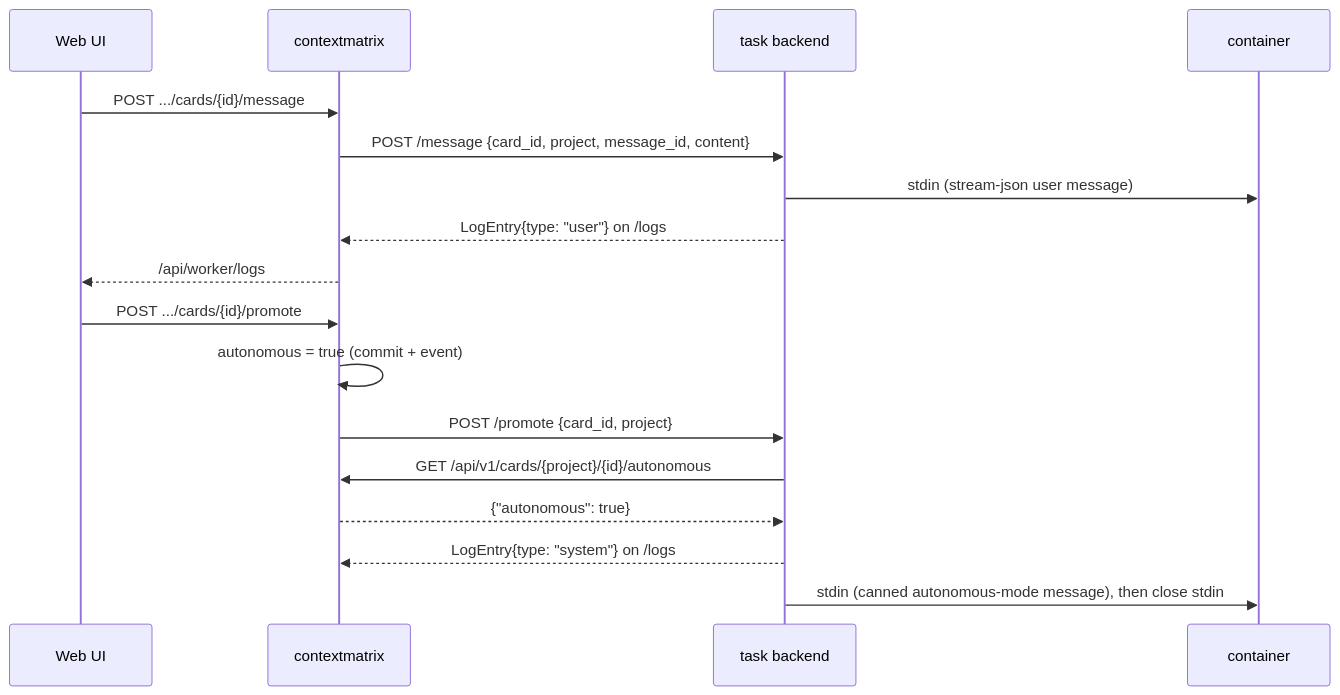
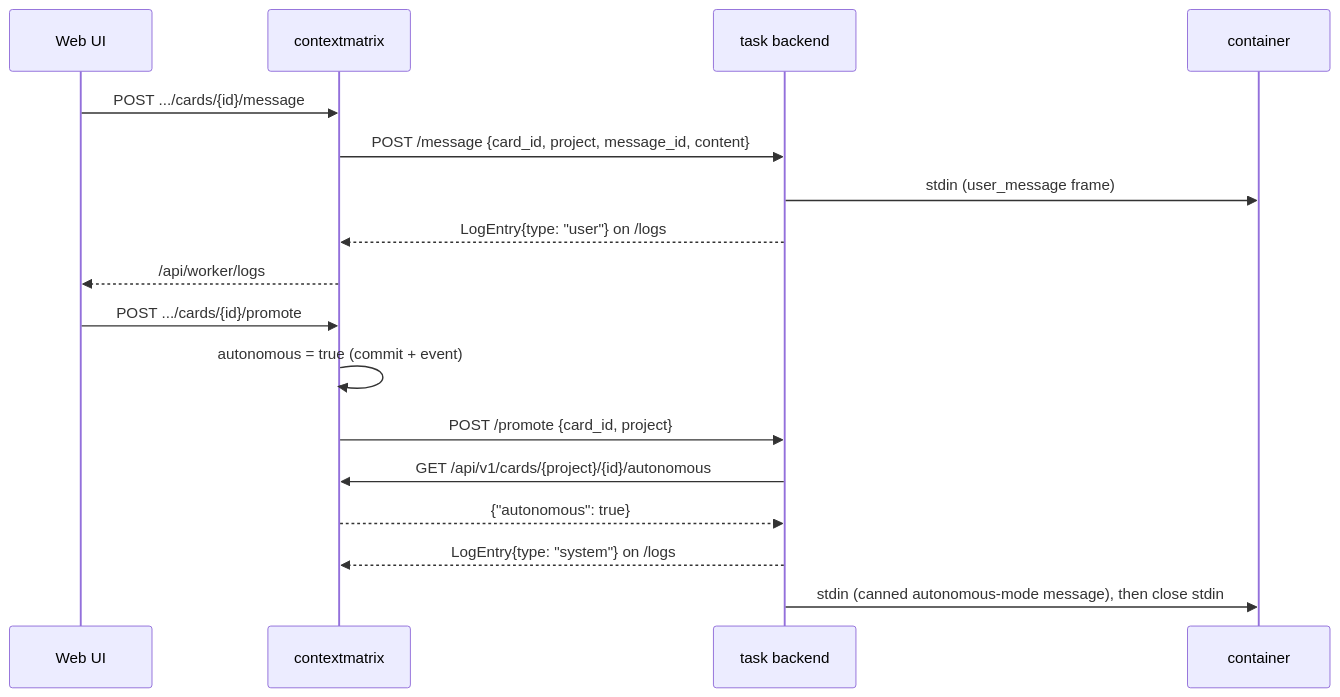
One commit to mhersson/contextmatrix changed the second of 3 diagrams in docs/remote-execution.md. Above: the diagram before and after it, drawn with Mermaid. The commit also changed other lines of this file and 2 other files, not shown here.

Commit message:
docs(backends): describe user_message stdin frames
- replace stream-json user frame wording with the backendkit user_message frame
- document source collector as what contextmatrix-agent sends
- drop usage-frame sourcing for the model name and counts

````diff
--- a/docs/remote-execution.md
+++ b/docs/remote-execution.md
@@ -812,21 +812,21 @@
 ```mermaid
 sequenceDiagram
     participant UI as Web UI
     participant CM as contextmatrix
     participant BE as task backend
     participant C as container
 
     UI->>CM: POST .../cards/{id}/message
     CM->>BE: POST /message {card_id, project, message_id, content}
-    BE->>C: stdin (stream-json user message)
+    BE->>C: stdin (user_message frame)
     BE-->>CM: LogEntry{type: "user"} on /logs
     CM-->>UI: /api/worker/logs
 
     UI->>CM: POST .../cards/{id}/promote
     CM->>CM: autonomous = true (commit + event)
     CM->>BE: POST /promote {card_id, project}
     BE->>CM: GET /api/v1/cards/{project}/{id}/autonomous
     CM-->>BE: {"autonomous": true}
     BE-->>CM: LogEntry{type: "system"} on /logs
     BE->>C: stdin (canned autonomous-mode message), then close stdin
 ```
````
